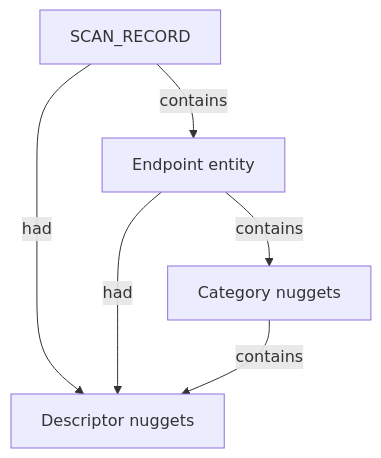
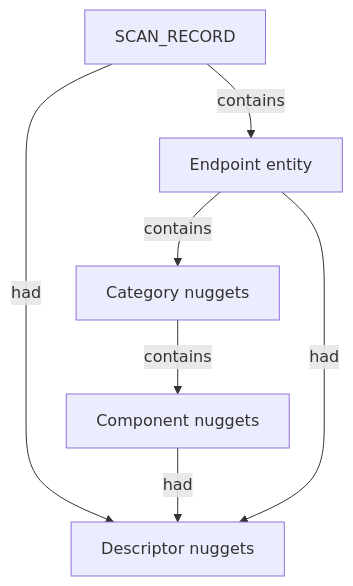
Before and after one commit to brettforbes/spiderfeet: the first of 13 diagrams in .docs/docs-for-cli-tools/_Current_Ontology.md, drawn with Mermaid. The commit also changed other lines of this file and 2 other files, not shown here.

Commit message:
test(SPEC-007): P2 GSE schema validation (#1017)

````diff
--- a/.docs/docs-for-cli-tools/_Current_Ontology.md
+++ b/.docs/docs-for-cli-tools/_Current_Ontology.md
@@ -25,12 +25,14 @@
 ```mermaid
 flowchart TD
   scan["SCAN_RECORD"]
   endpoint["Endpoint entity"]
   cat["Category nuggets"]
+  fact["Component nuggets"]
   desc["Descriptor nuggets"]
   scan -->|contains| endpoint
+  endpoint -->|contains| cat
+  cat -->|contains| fact
   scan -->|had| desc
-  endpoint -->|contains| cat
+  fact -->|had| desc
   endpoint -->|had| desc
-  cat -->|contains| desc
 ```
````
